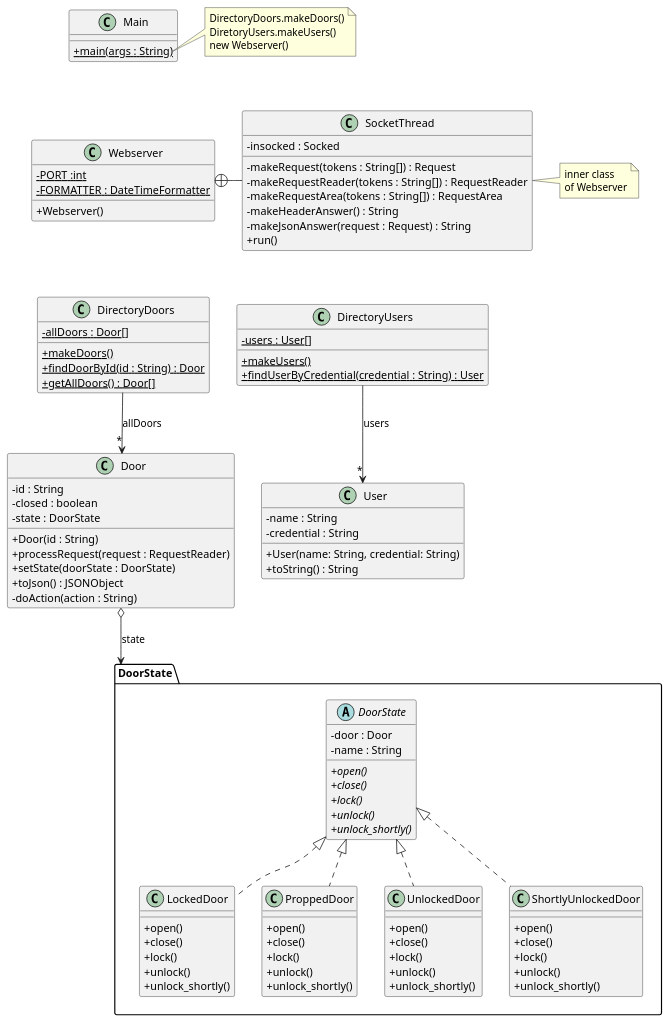
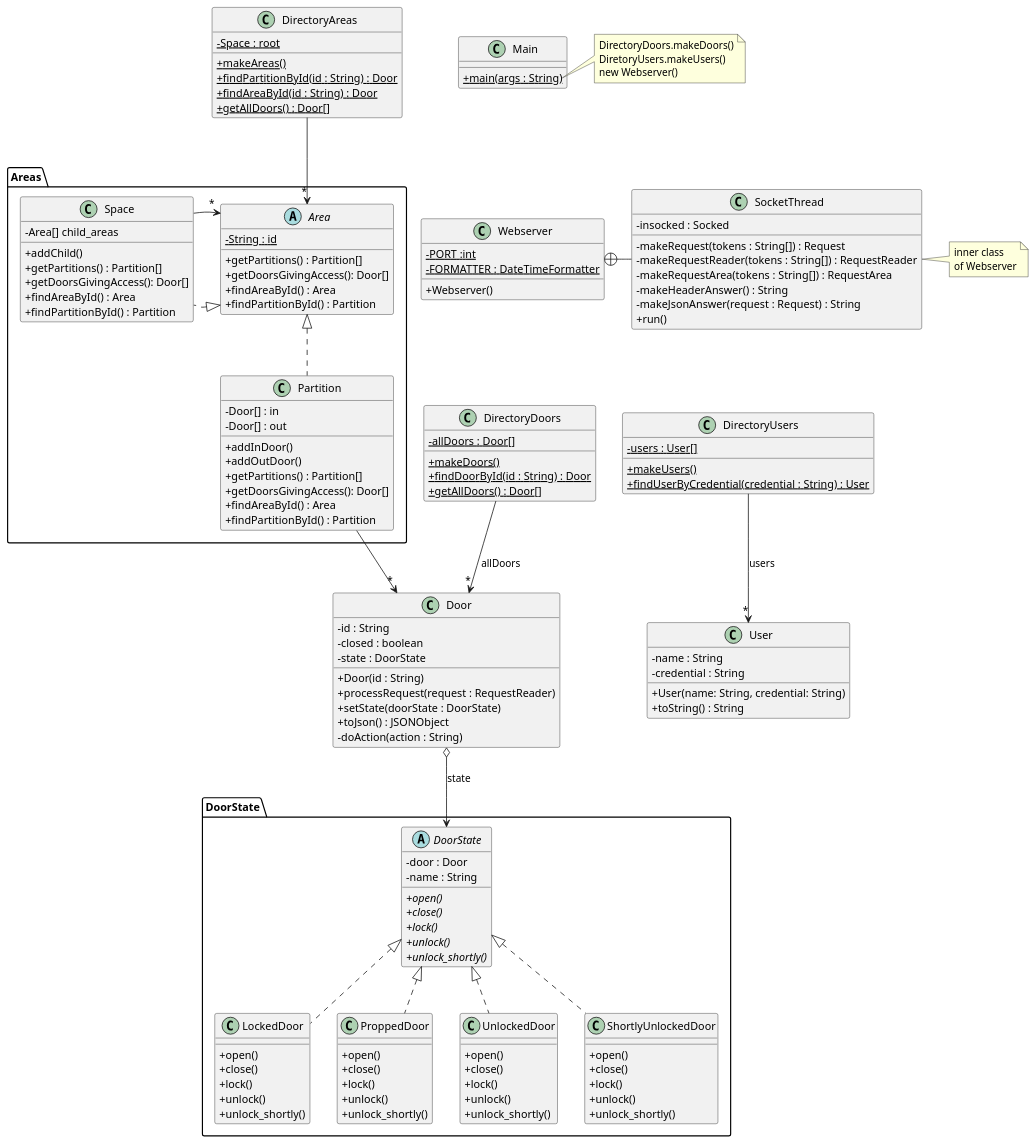
Before and after one commit to Paub2002/DS: the diagram in src/baseNoStates/uml/base_no_states.puml, drawn with PlantUML. The commit also changed 8 other files, not shown here.

Commit message:
Factor: Comments + UML Diagrams

```diff
--- a/src/baseNoStates/uml/base_no_states.puml
+++ b/src/baseNoStates/uml/base_no_states.puml
@@ -1,124 +1,161 @@
 @startuml
 'https://plantuml.com/class-diagram
 skinparam classAttributeIconSize 0
 
 class Webserver {
 - {static} PORT :int
 - {static} FORMATTER : DateTimeFormatter
 + Webserver()
 }
 
 class SocketThread {
 - insocked : Socked
 - makeRequest(tokens : String[]) : Request
 - makeRequestReader(tokens : String[]) : RequestReader
 - makeRequestArea(tokens : String[]) : RequestArea
 - makeHeaderAnswer() : String
 - makeJsonAnswer(request : Request) : String
 + run()
 }
 
 Webserver +-right- SocketThread
 
 note right of SocketThread
 inner class
 of Webserver
 end note
 
 class DirectoryDoors {
 - {static} allDoors : Door[]
 + {static} makeDoors()
 + {static} findDoorById(id : String) : Door
 + {static} getAllDoors() : Door[]
 }
+class DirectoryAreas {
+- {static} Space : root
++ {static} makeAreas()
++ {static} findPartitionById(id : String) : Door
++ {static} findAreaById(id : String) : Door
++ {static} getAllDoors() : Door[]
+}
+DirectoryAreas--> "*" Areas.Area : ""
+package Areas{
+abstract class Area {
+-{static} String : id
++ getPartitions() : Partition[]
++ getDoorsGivingAccess(): Door[]
++ findAreaById() : Area
++ findPartitionById() : Partition
+}
+class Partition implements Area {
+    - Door[] : in
+    - Door[] : out
+    + addInDoor()
+    + addOutDoor()
+    + getPartitions() : Partition[]
+    + getDoorsGivingAccess(): Door[]
+    + findAreaById() : Area
+    + findPartitionById() : Partition
+}
+class Space implements Area {
+    - Area[] child_areas
+    + addChild()
+    + getPartitions() : Partition[]
+    + getDoorsGivingAccess(): Door[]
+    + findAreaById() : Area
+    + findPartitionById() : Partition
+}
+Space -right-> "*" Area
+}
 
-DirectoryDoors --> "*" Door : "allDoors"
 
 class DirectoryUsers {
 - {static} users : User[]
 + {static} makeUsers()
 + {static} findUserByCredential(credential : String) : User
 }
 
 DirectoryUsers --> "*" User : "users"
 
 class Door {
 - id : String
 - closed : boolean
 - state : DoorState
 + Door(id : String)
 + processRequest(request : RequestReader)
 + setState(doorState : DoorState)
 + toJson() : JSONObject
 '+ toString() : String
 '+ isClosed() :boolean
 '+ setClosed(b : boolean)
 '+ getStateName() : String
 - doAction(action : String)
 }
+DirectoryDoors --> "*" Door : "allDoors"
+Areas.Partition --> "*" Door
 
-Door o--> DoorState : "state"
+Door o--> DoorState.DoorState : "state"
 
 class User {
 - name : String
 - credential : String
 + User(name: String, credential: String)
 + toString() : String
 }
 
 
 class Main {
 + {static} main(args : String)
 }
 
 package DoorState {
     abstract DoorState {
     - door : Door
     - name : String
     + {abstract} open()
     + {abstract} close()
     + {abstract} lock()
     + {abstract} unlock()
     + {abstract} unlock_shortly()
     }
     class LockedDoor implements DoorState{
     + open()
     + close()
     + lock()
     + unlock()
     + unlock_shortly()
     }
     class ProppedDoor implements DoorState{
     + open()
     + close()
     + lock()
     + unlock()
     + unlock_shortly()
     }
     class UnlockedDoor implements DoorState{
     + open()
     + close()
     + lock()
     + unlock()
     + unlock_shortly()
     }
     class ShortlyUnlockedDoor implements DoorState{
     + open()
     + close()
     + lock()
     + unlock()
     + unlock_shortly()
     }
 }
 note right of Main::main
 DirectoryDoors.makeDoors()
 DiretoryUsers.makeUsers()
 new Webserver()
 end note
 
 Main -[hidden]down- Webserver
 Webserver -[hidden]down- DirectoryDoors
 DirectoryDoors -[hidden]right- DirectoryUsers
 
 
 @enduml
```
